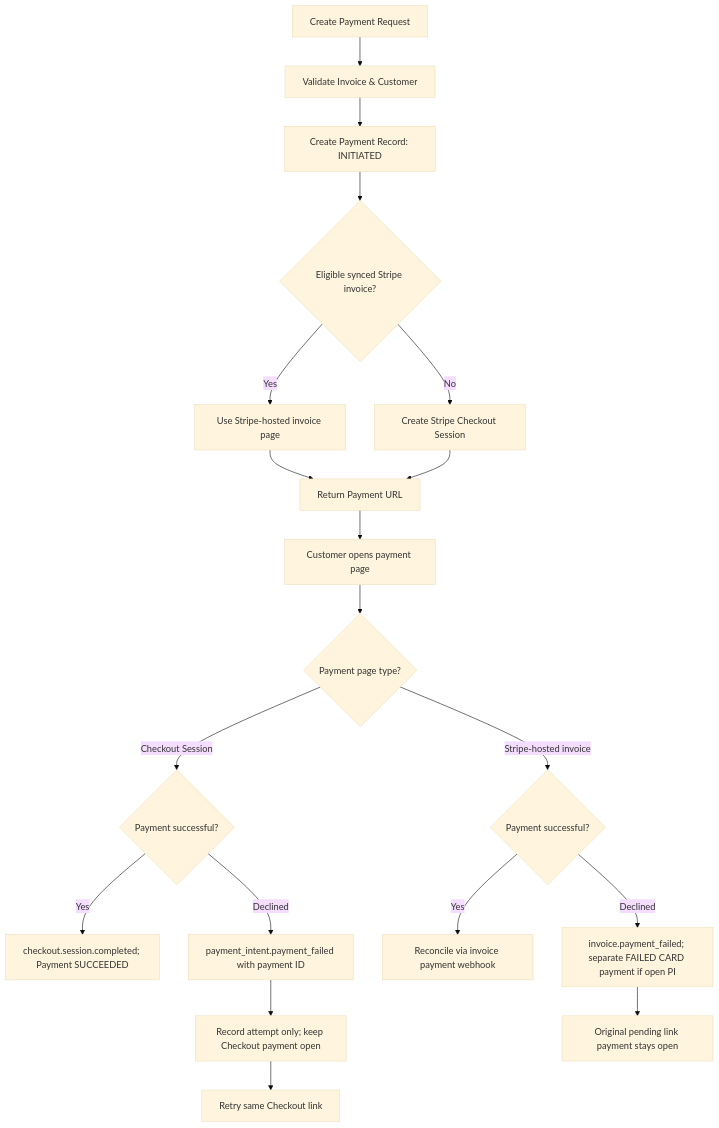
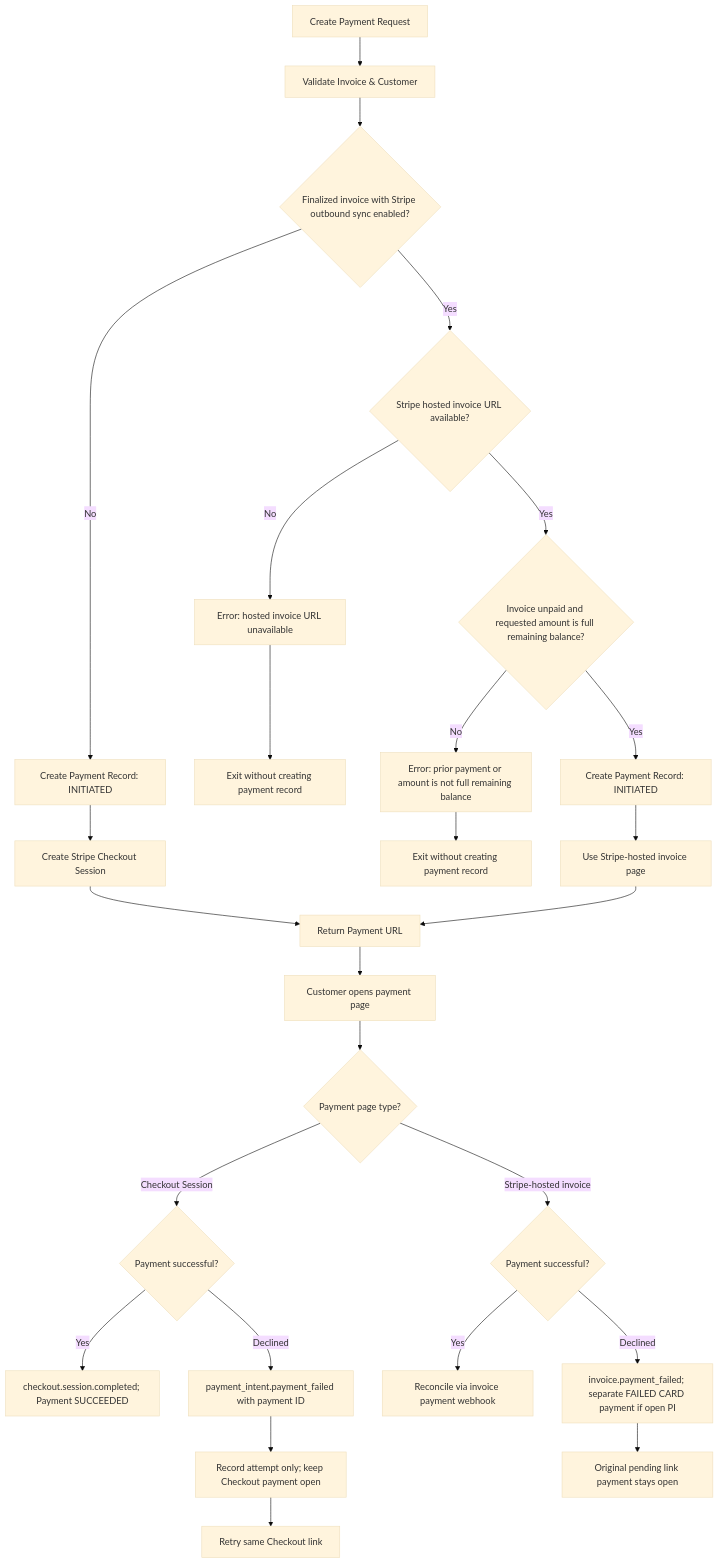
One commit to flexprice/flexprice-docs changed the first of 2 diagrams in integrations/stripe/payment-links.mdx. Above: the diagram before and after it, drawn with Mermaid (base theme).

Commit message:
docs: fix synced invoice payment link flow

````diff
--- a/integrations/stripe/payment-links.mdx
+++ b/integrations/stripe/payment-links.mdx
@@ -21,21 +21,28 @@
 ```mermaid
 graph TD
     A[Create Payment Request] --> B[Validate Invoice & Customer]
-    B --> C[Create Payment Record: INITIATED]
-    C --> D{Eligible synced Stripe invoice?}
-    D -->|Yes| E[Use Stripe-hosted invoice page]
-    D -->|No| F[Create Stripe Checkout Session]
-    E --> G[Return Payment URL]
-    F --> G
-    G --> H[Customer opens payment page]
-    H --> I{Payment page type?}
-    I -->|Checkout Session| J{Payment successful?}
-    J -->|Yes| K[checkout.session.completed; Payment SUCCEEDED]
-    J -->|Declined| L[payment_intent.payment_failed with payment ID]
-    L --> M[Record attempt only; keep Checkout payment open]
-    M --> N[Retry same Checkout link]
-    I -->|Stripe-hosted invoice| O{Payment successful?}
-    O -->|Yes| P[Reconcile via invoice payment webhook]
-    O -->|Declined| Q[invoice.payment_failed; separate FAILED CARD payment if open PI]
-    Q --> R[Original pending link payment stays open]
+    B --> C{Finalized invoice with Stripe outbound sync enabled?}
+    C -->|No| D[Create Payment Record: INITIATED]
+    D --> E[Create Stripe Checkout Session]
+    C -->|Yes| F{Stripe hosted invoice URL available?}
+    F -->|No| X[Error: hosted invoice URL unavailable]
+    X --> X1[Exit without creating payment record]
+    F -->|Yes| G{Invoice unpaid and requested amount is full remaining balance?}
+    G -->|No| Y[Error: prior payment or amount is not full remaining balance]
+    Y --> Y1[Exit without creating payment record]
+    G -->|Yes| H[Create Payment Record: INITIATED]
+    H --> I[Use Stripe-hosted invoice page]
+    E --> J[Return Payment URL]
+    I --> J
+    J --> K[Customer opens payment page]
+    K --> L{Payment page type?}
+    L -->|Checkout Session| M{Payment successful?}
+    M -->|Yes| N[checkout.session.completed; Payment SUCCEEDED]
+    M -->|Declined| O[payment_intent.payment_failed with payment ID]
+    O --> P[Record attempt only; keep Checkout payment open]
+    P --> Q[Retry same Checkout link]
+    L -->|Stripe-hosted invoice| R{Payment successful?}
+    R -->|Yes| S[Reconcile via invoice payment webhook]
+    R -->|Declined| T[invoice.payment_failed; separate FAILED CARD payment if open PI]
+    T --> U[Original pending link payment stays open]
 ```
````
